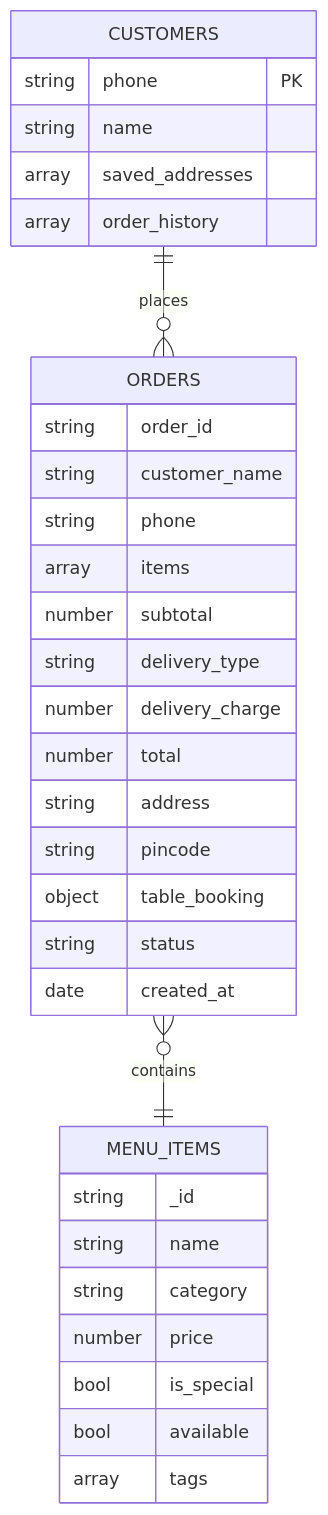
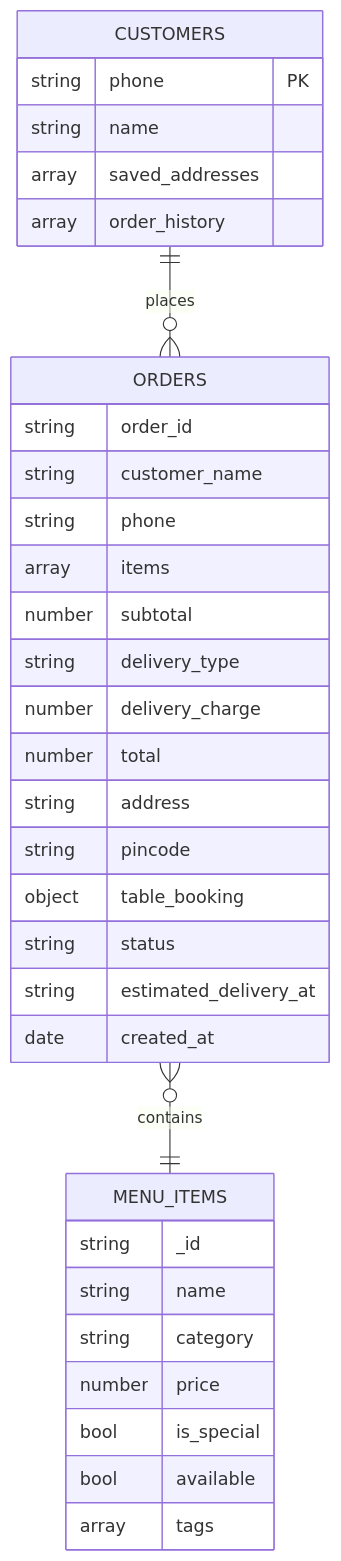
Before and after one commit to Krishna-Rao-dev/Google_APL: the fifth of 5 diagrams in README.md, drawn with Mermaid. The commit also changed other lines of this file, not shown here.

````diff
--- a/README.md
+++ b/README.md
@@ -135,38 +147,39 @@
 ```mermaid
 erDiagram
     MENU_ITEMS {
         string _id
         string name
         string category
         number price
         bool is_special
         bool available
         array tags
     }
 
     ORDERS {
         string order_id
         string customer_name
         string phone
         array items
         number subtotal
         string delivery_type
         number delivery_charge
         number total
         string address
         string pincode
         object table_booking
         string status
+        string estimated_delivery_at
         date created_at
     }
 
     CUSTOMERS {
         string phone PK
         string name
         array saved_addresses
         array order_history
     }
 
     CUSTOMERS ||--o{ ORDERS : places
     ORDERS }o--|| MENU_ITEMS : contains
 ```
````
